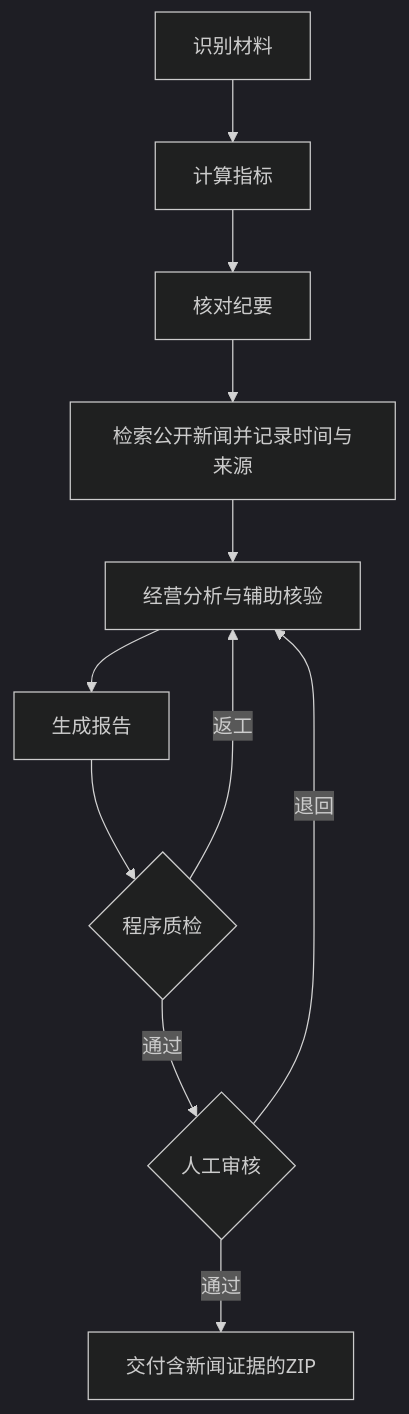
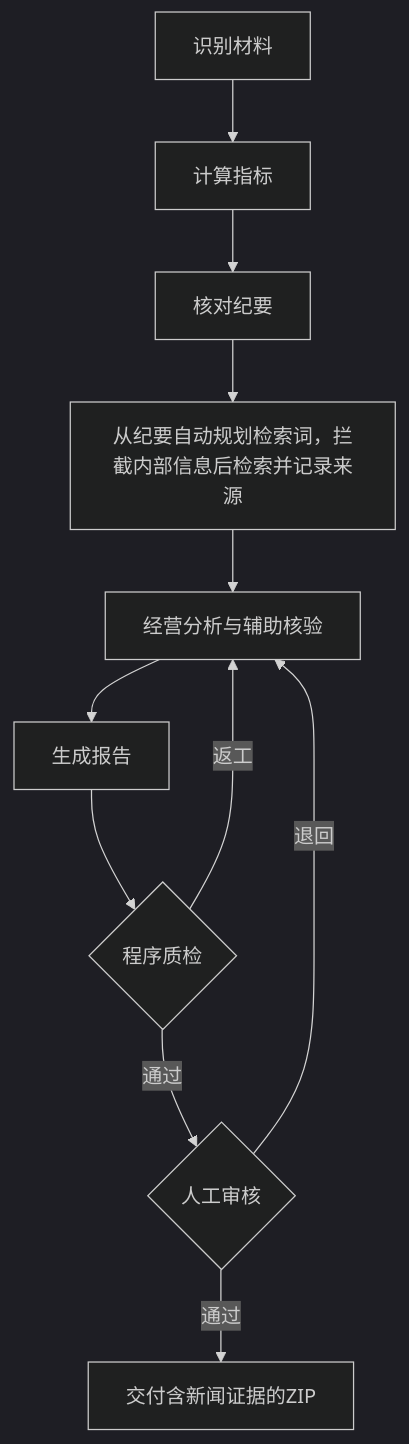
Before and after one commit to woliekaile47/weekly-report-agent: the diagram in docs/workflow.md, drawn with Mermaid (dark theme). The commit also changed 20 other files, not shown here.

````diff
--- a/docs/workflow.md
+++ b/docs/workflow.md
@@ -3,13 +3,13 @@
 ```mermaid
 flowchart TD
   ingest[识别材料] --> calculate[计算指标]
   calculate --> evidence[核对纪要]
-  evidence --> news[检索公开新闻并记录时间与来源]
+  evidence --> news[从纪要自动规划检索词，拦截内部信息后检索并记录来源]
   news --> analyze[经营分析与辅助核验]
   analyze --> render[生成报告]
   render --> quality{程序质检}
   quality -->|通过| review{人工审核}
   quality -->|返工| analyze
   review -->|退回| analyze
   review -->|通过| finalize[交付含新闻证据的ZIP]
 ```
````
